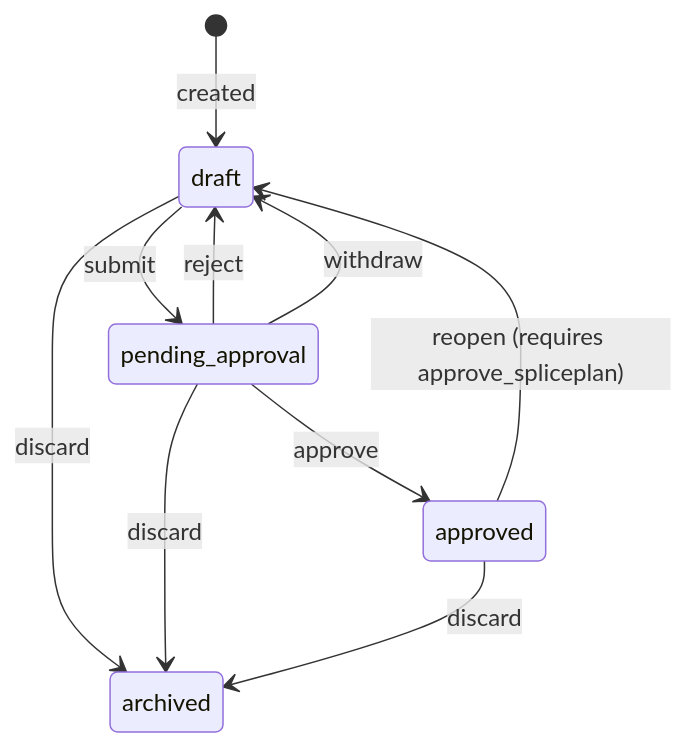
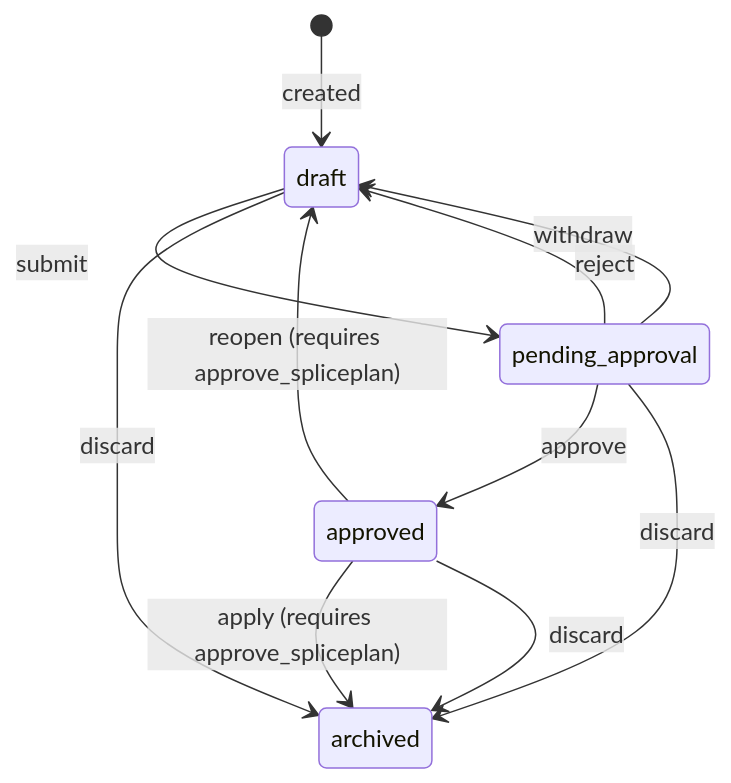
One commit to jsenecal/netbox-fms changed the second of 2 diagrams in docs/user-guide/splice-planning.md. Above: the diagram before and after it, drawn with Mermaid. The commit also changed other lines of this file and 10 other files, not shown here.

````diff
--- a/docs/user-guide/splice-planning.md
+++ b/docs/user-guide/splice-planning.md
@@ -103,12 +103,13 @@
 ```mermaid
 stateDiagram-v2
     [*] --> draft : created
     draft --> pending_approval : submit
     pending_approval --> approved : approve
     pending_approval --> draft : reject
     pending_approval --> draft : withdraw
     approved --> draft : reopen (requires approve_spliceplan)
+    approved --> archived : apply (requires approve_spliceplan)
     draft --> archived : discard
     pending_approval --> archived : discard
     approved --> archived : discard
 ```
````
